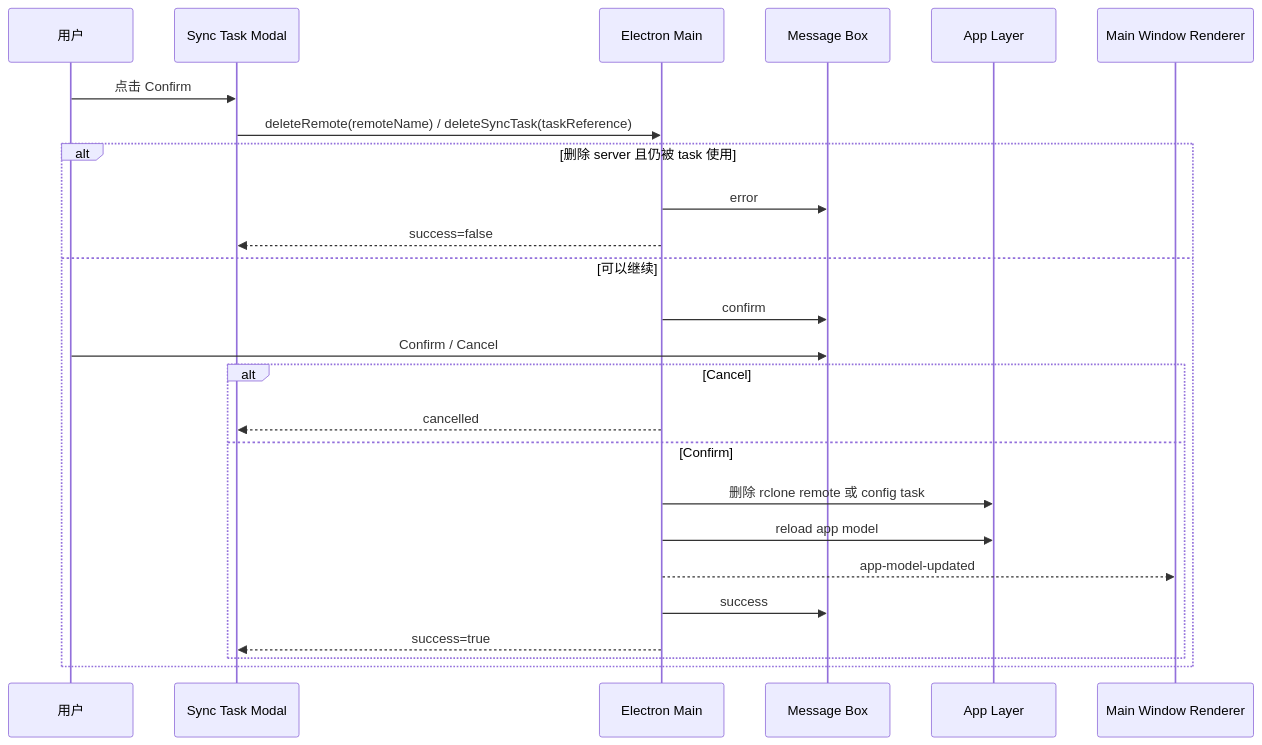
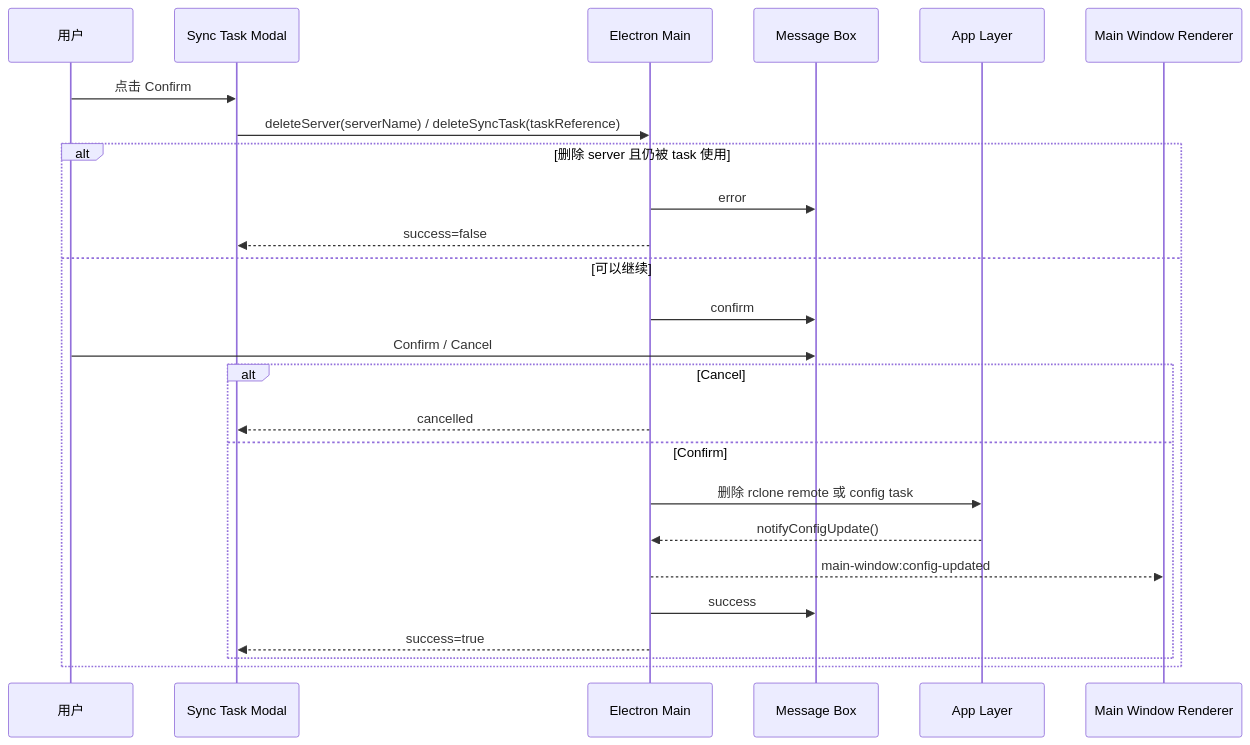
One commit to agalloch21/sync-with-rclone changed diagram 13 of 13 in docs/Flows.md. Above: the diagram before and after it, drawn with Mermaid. The commit also changed other lines of this file and 14 other files, not shown here.

````diff
--- a/docs/Flows.md
+++ b/docs/Flows.md
@@ -372,28 +371,28 @@
 ```mermaid
 sequenceDiagram
   participant U as 用户
   participant M as Sync Task Modal
   participant EM as Electron Main
   participant MB as Message Box
   participant APP as App Layer
   participant MW as Main Window Renderer
 
   U->>M: 点击 Confirm
-  M->>EM: deleteRemote(remoteName) / deleteSyncTask(taskReference)
+  M->>EM: deleteServer(serverName) / deleteSyncTask(taskReference)
   alt 删除 server 且仍被 task 使用
     EM->>MB: error
     EM-->>M: success=false
   else 可以继续
     EM->>MB: confirm
     U->>MB: Confirm / Cancel
     alt Cancel
       EM-->>M: cancelled
     else Confirm
       EM->>APP: 删除 rclone remote 或 config task
-      EM->>APP: reload app model
-      EM-->>MW: app-model-updated
+      APP-->>EM: notifyConfigUpdate()
+      EM-->>MW: main-window:config-updated
       EM->>MB: success
       EM-->>M: success=true
     end
   end
 ```
````
